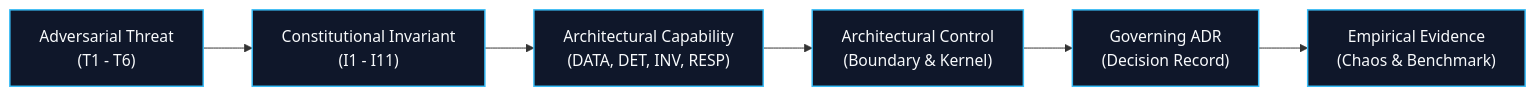
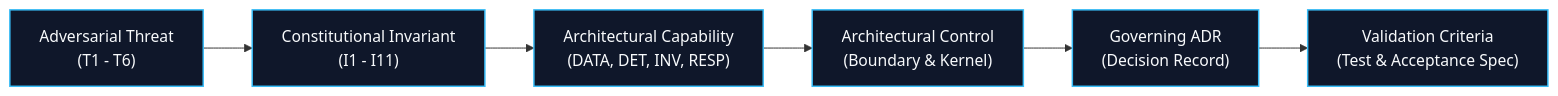
Before and after one commit to Haribu/TIDIR: the diagram in docs/architecture/assurance-map.md, drawn with Mermaid. The commit also changed other lines of this file and 5 other files, not shown here.

Commit message:
chore(release): v1.2.12 - threat-model epistemic precision & validation criteria alignment

````diff
--- a/docs/architecture/assurance-map.md
+++ b/docs/architecture/assurance-map.md
@@ -14,11 +14,11 @@
 ```mermaid
 flowchart LR
     T["Adversarial Threat\n(T1 - T6)"] --> I["Constitutional Invariant\n(I1 - I11)"]
     I --> C["Architectural Capability\n(DATA, DET, INV, RESP)"]
     C --> CTRL["Architectural Control\n(Boundary & Kernel)"]
     CTRL --> ADR["Governing ADR\n(Decision Record)"]
-    ADR --> V["Empirical Evidence\n(Chaos & Benchmark)"]
+    ADR --> V["Validation Criteria\n(Test & Acceptance Spec)"]
 
     classDef nodeStyle fill:#0f172a,stroke:#38bdf8,stroke-width:1.5px,color:#f8fafc;
     class T,I,C,CTRL,ADR,V nodeStyle;
 ```
````
